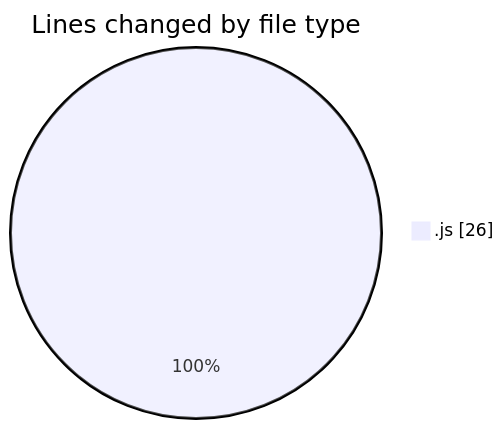
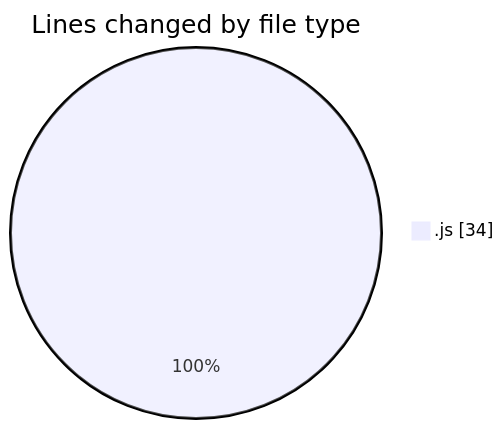
One commit to nxtqubesakshisongat/code-tracking changed the first of 2 diagrams in 2025-10-31/javacript/README.md. Above: the diagram before and after it, drawn with Mermaid. The commit also changed other lines of this file and 1 other file, not shown here.

````diff
--- a/2025-10-31/javacript/README.md
+++ b/2025-10-31/javacript/README.md
@@ -20,5 +20,5 @@
 ```mermaid
 pie showData
 title Lines changed by file type
-".js" : 26
+".js" : 34
 ```
````
